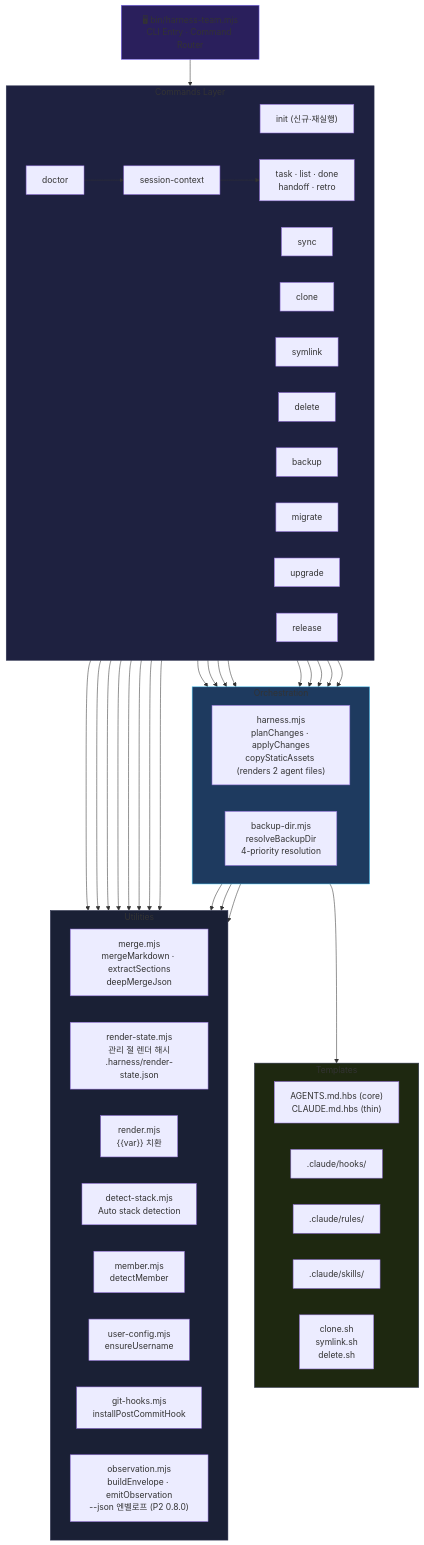
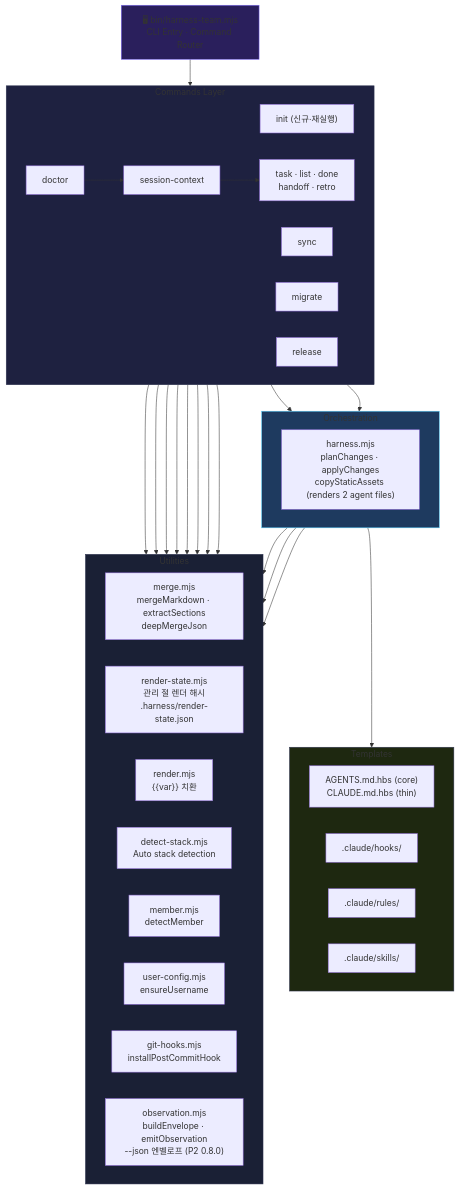
Before and after one commit to bd-makers/team-harness: the diagram in docs/diagrams/harness-overview/architecture.mmd, drawn with Mermaid. The commit also changed 66 other files, not shown here.

```diff
--- a/docs/diagrams/harness-overview/architecture.mmd
+++ b/docs/diagrams/harness-overview/architecture.mmd
@@ -1,55 +1,50 @@
 graph TB
     BIN["🖥 bin/harness-team.mjs\nCLI Entry · Command Router"]
 
     subgraph CMDS["Commands Layer"]
         direction LR
         INIT["init (신규·재실행)"] & SYNC["sync"]
-        CLONE["clone"] & SYM["symlink"] & DEL["delete"] & BACKUP["backup"]
         DOCTOR["doctor"] & TASK["task · list · done\nhandoff · retro"] & SESS["session-context"]
-        MIG["migrate"] & UPG["upgrade"] & REL["release"]
+        MIG["migrate"] & REL["release"]
     end
 
     subgraph ORCH["Orchestration"]
         direction LR
         HARNESS["harness.mjs\nplanChanges · applyChanges\ncopyStaticAssets (renders 2 agent files)"]
-        BACKUPDIR["backup-dir.mjs\nresolveBackupDir\n4-priority resolution"]
     end
 
     subgraph UTIL["Utilities"]
         direction LR
         MERGE["merge.mjs\nmergeMarkdown · extractSections\ndeepMergeJson"]
         RSTATE["render-state.mjs\n관리 절 렌더 해시\n.harness/render-state.json"]
         RENDER["render.mjs\n{{var}} 치환"]
         DETECT["detect-stack.mjs\nAuto stack detection"]
         MEMBER["member.mjs\ndetectMember"]
         UCFG["user-config.mjs\nensureUsername"]
         GHOOKS["git-hooks.mjs\ninstallPostCommitHook"]
         OBS["observation.mjs\nbuildEnvelope · emitObservation\n--json 엔벨로프 (P2 0.8.0)"]
     end
 
     subgraph TMPL["Templates"]
         direction LR
         HBS["AGENTS.md.hbs (core)\nCLAUDE.md.hbs (thin)"]
         HOOKS_T[".claude/hooks/"]
         RULES_T[".claude/rules/"]
         SKILLS_T[".claude/skills/"]
-        SCRIPTS["clone.sh\nsymlink.sh\ndelete.sh"]
     end
 
     BIN --> CMDS
     INIT & SYNC --> HARNESS
-    CLONE & SYM & DEL & BACKUP & MIG & UPG --> BACKUPDIR
-    DOCTOR --> BACKUPDIR
     TASK --> MEMBER
     DOCTOR & TASK & REL --> OBS
     DOCTOR --> SESS
     SESS --> TASK
     INIT & SYNC --> UCFG & GHOOKS
     HARNESS --> MERGE & RENDER & DETECT
     HARNESS --> TMPL
 
     style CMDS fill:#1e2140,stroke:#2e3350
     style ORCH fill:#1e3a5f,stroke:#50c8f5
     style UTIL fill:#1a2035,stroke:#2e3350
     style TMPL fill:#1e2810,stroke:#2e3350
     style BIN fill:#2a1f5c,stroke:#7c6af5
```
